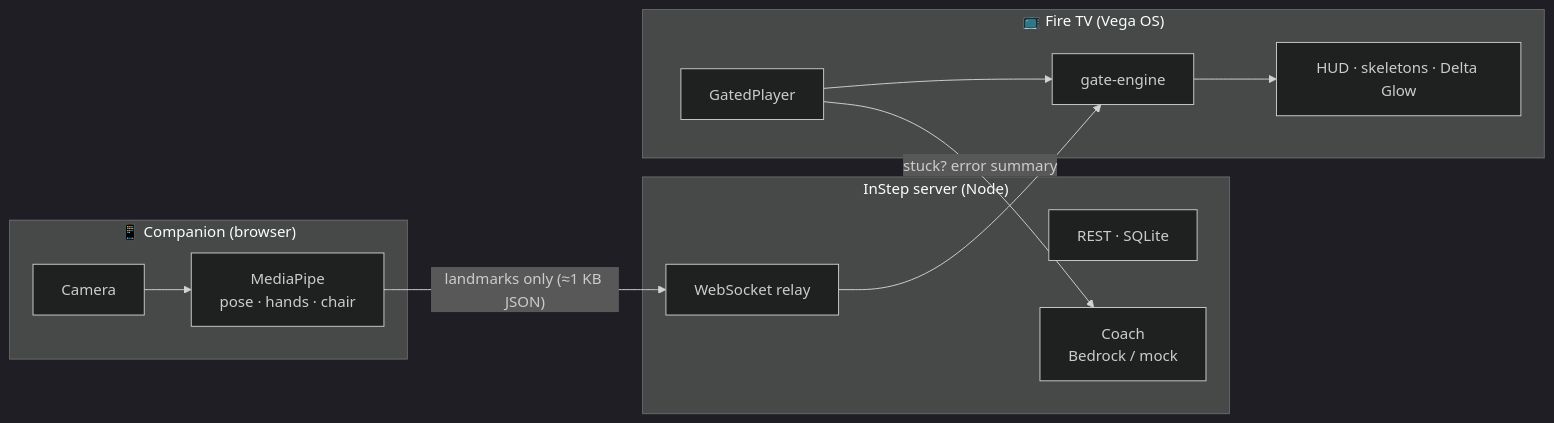
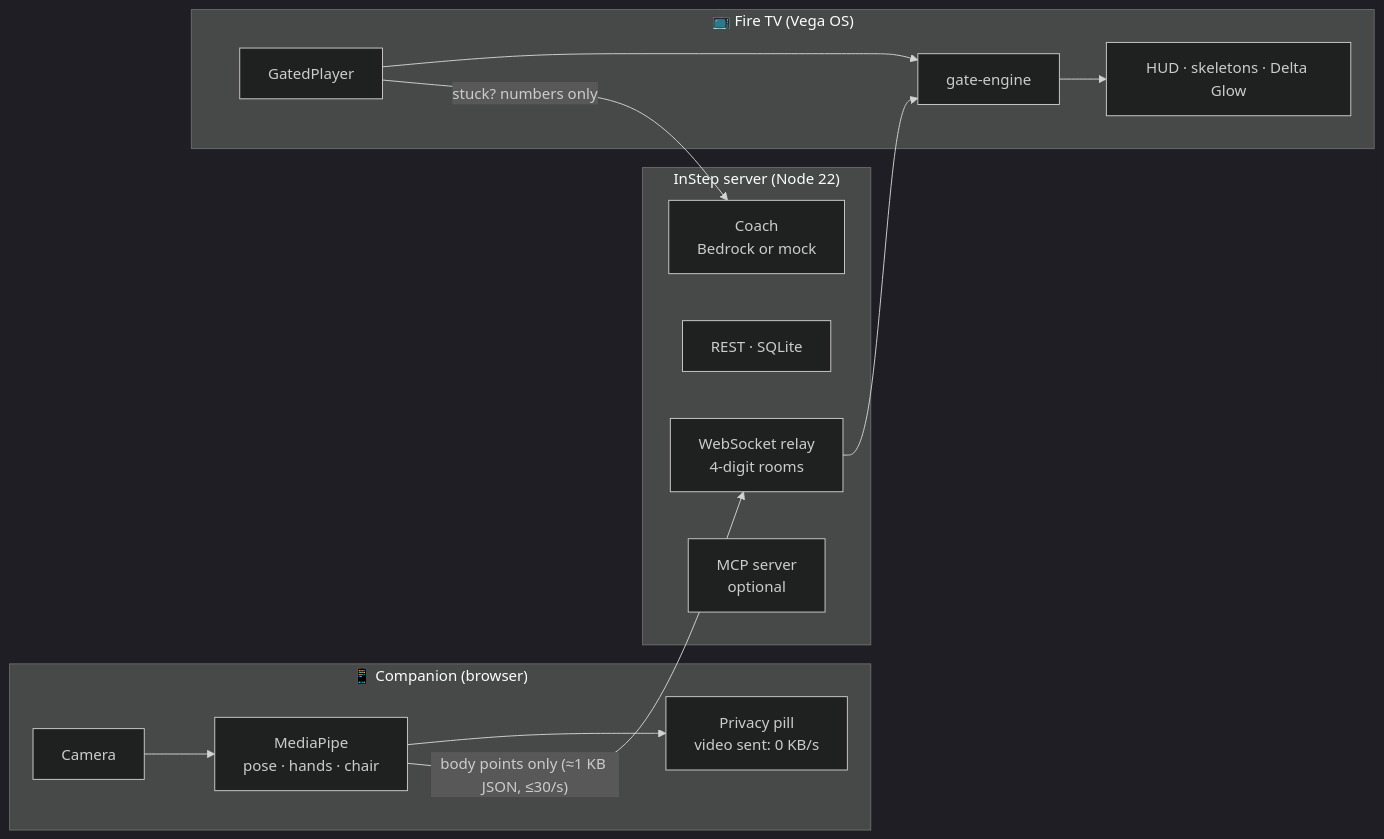
The diagram in README.md (LSUDOKO/InStep), drawn with Mermaid (dark theme) before and after one commit. The commit also changed other lines of this file and 22 other files, not shown here.

First line of the commit message:
feat: optional MCP server, real screenshots, README with verified related work

````diff
--- a/README.md
+++ b/README.md
@@ -38,17 +46,19 @@
 ```mermaid
 flowchart LR
   subgraph Phone["📱 Companion (browser)"]
     Cam[Camera] --> MP[MediaPipe<br/>pose · hands · chair]
+    MP --> Pill["Privacy pill<br/>video sent: 0 KB/s"]
   end
-  subgraph Server["InStep server (Node)"]
-    Relay[WebSocket relay]
+  subgraph Server["InStep server (Node 22)"]
+    Relay[WebSocket relay<br/>4-digit rooms]
     API[REST · SQLite]
-    Coach[Coach<br/>Bedrock / mock]
+    Coach[Coach<br/>Bedrock or mock]
+    MCP[MCP server<br/>optional]
   end
   subgraph TV["📺 Fire TV (Vega OS)"]
     Player[GatedPlayer] --> Engine[gate-engine]
     Engine --> HUD[HUD · skeletons · Delta Glow]
   end
-  MP -- "landmarks only (≈1 KB JSON)" --> Relay --> Engine
-  Player -- "stuck? error summary" --> Coach
+  MP -- "body points only (≈1 KB JSON, ≤30/s)" --> Relay --> Engine
+  Player -- "stuck? numbers only" --> Coach
 ```
````
